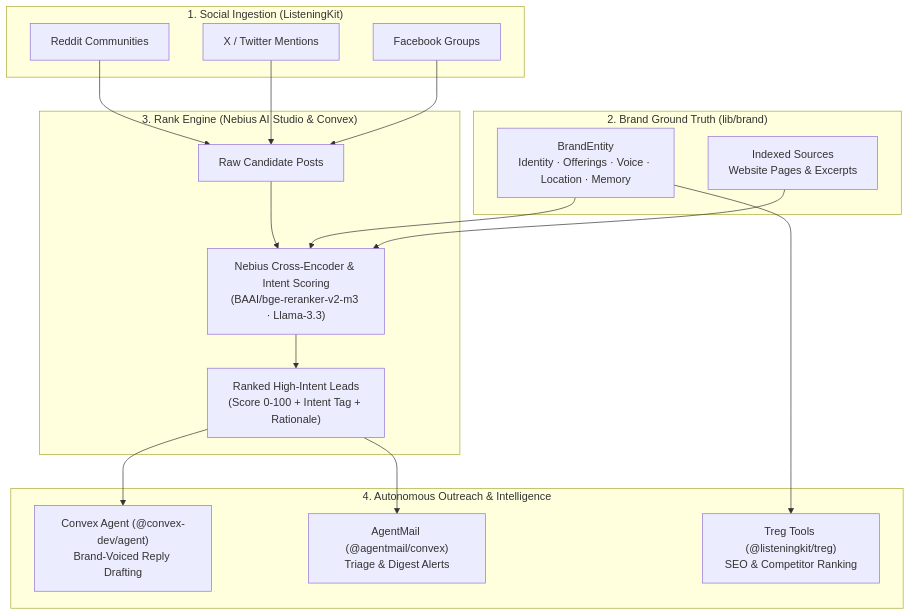
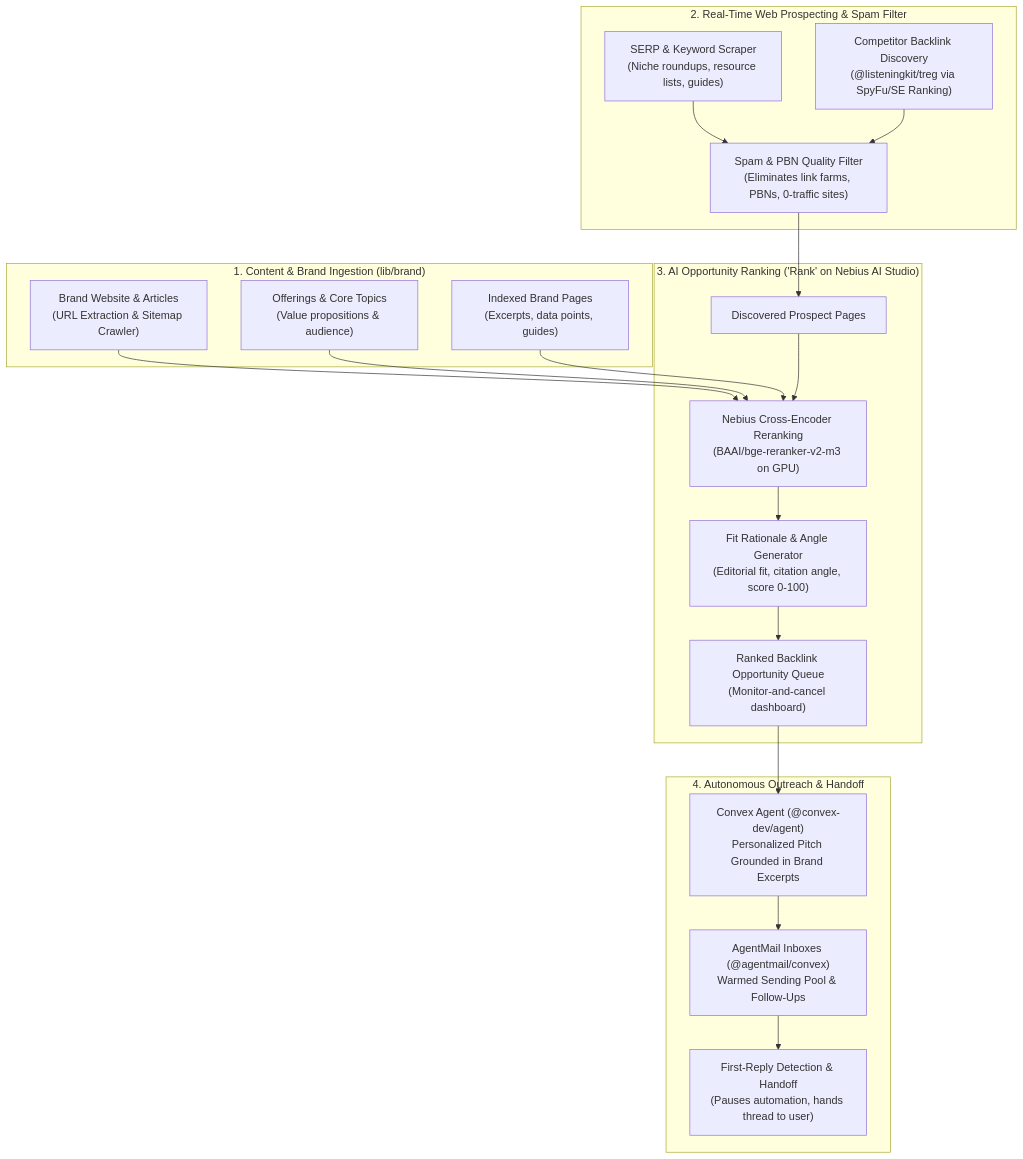
One commit to matthewdonsemail-lab/rank changed the diagram in README.md. Above: the diagram before and after it, drawn with Mermaid. The commit also changed other lines of this file and 5 other files, not shown here.

Commit message:
docs: align rank to ai link-building, backlink prospect ranking, and editorial outreach engine

````diff
--- a/README.md
+++ b/README.md
@@ -33,33 +35,32 @@
 ```mermaid
 flowchart TD
-  subgraph Ingestion["1. Social Ingestion (ListeningKit)"]
-    RD["Reddit Communities"]
-    XT["X / Twitter Mentions"]
-    FB["Facebook Groups"]
+  subgraph Ingestion["1. Content & Brand Ingestion (lib/brand)"]
+    SITE["Brand Website & Articles<br/>(URL Extraction & Sitemap Crawler)"]
+    OFFERINGS["Offerings & Core Topics<br/>(Value propositions & audience)"]
+    PAGES["Indexed Brand Pages<br/>(Excerpts, data points, guides)"]
   end
 
-  subgraph Grounding["2. Brand Ground Truth (lib/brand)"]
-    BRAND["BrandEntity<br/>Identity · Offerings · Voice · Location · Memory"]
-    SOURCES["Indexed Sources<br/>Website Pages & Excerpts"]
+  subgraph Discovery["2. Real-Time Web Prospecting & Spam Filter"]
+    SERP["SERP & Keyword Scraper<br/>(Niche roundups, resource lists, guides)"]
+    COMP["Competitor Backlink Discovery<br/>(@listeningkit/treg via SpyFu/SE Ranking)"]
+    SPAM["Spam & PBN Quality Filter<br/>(Eliminates link farms, PBNs, 0-traffic sites)"]
   end
 
-  subgraph Engine["3. Rank Engine (Nebius AI Studio & Convex)"]
-    CAND["Raw Candidate Posts"]
-    RERANK["Nebius Cross-Encoder & Intent Scoring<br/>(BAAI/bge-reranker-v2-m3 · Llama-3.3)"]
-    TOP["Ranked High-Intent Leads<br/>(Score 0-100 + Intent Tag + Rationale)"]
+  subgraph RankEngine["3. AI Opportunity Ranking ('Rank' on Nebius AI Studio)"]
+    CAND["Discovered Prospect Pages"]
+    CROSS["Nebius Cross-Encoder Reranking<br/>(BAAI/bge-reranker-v2-m3 on GPU)"]
+    INTENT["Fit Rationale & Angle Generator<br/>(Editorial fit, citation angle, score 0-100)"]
+    QUEUE["Ranked Backlink Opportunity Queue<br/>(Monitor-and-cancel dashboard)"]
   end
 
-  subgraph Action["4. Autonomous Outreach & Intelligence"]
-    AGENT["Convex Agent (@convex-dev/agent)<br/>Brand-Voiced Reply Drafting"]
-    MAIL["AgentMail (@agentmail/convex)<br/>Triage & Digest Alerts"]
-    TREG["Treg Tools (@listeningkit/treg)<br/>SEO & Competitor Ranking"]
+  subgraph Outreach["4. Autonomous Outreach & Handoff"]
+    AGENT["Convex Agent (@convex-dev/agent)<br/>Personalized Pitch Grounded in Brand Excerpts"]
+    MAIL["AgentMail Inboxes (@agentmail/convex)<br/>Warmed Sending Pool & Follow-Ups"]
+    HANDOFF["First-Reply Detection & Handoff<br/>(Pauses automation, hands thread to user)"]
   end
 
-  RD & XT & FB --> CAND
-  CAND --> RERANK
-  BRAND & SOURCES --> RERANK
-  RERANK --> TOP
-  TOP --> AGENT
-  TOP --> MAIL
-  BRAND --> TREG
+  SITE & OFFERINGS & PAGES --> CROSS
+  SERP & COMP --> SPAM --> CAND --> CROSS
+  CROSS --> INTENT --> QUEUE
+  QUEUE --> AGENT --> MAIL --> HANDOFF
 ```
````
